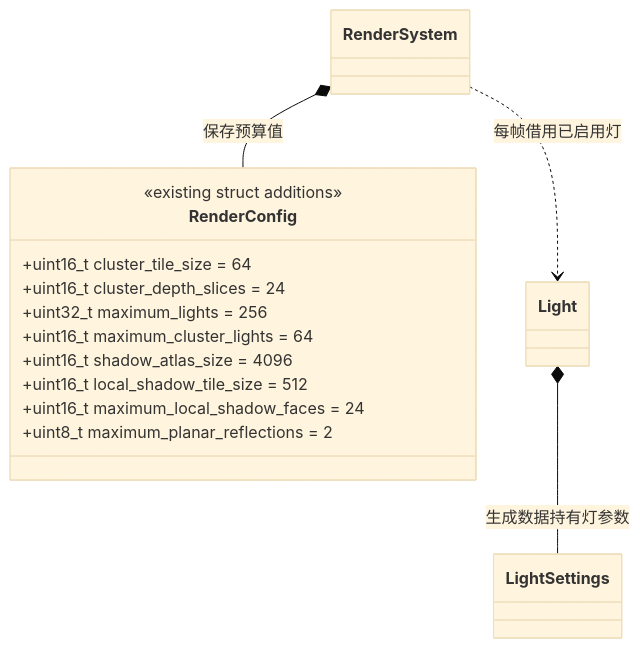
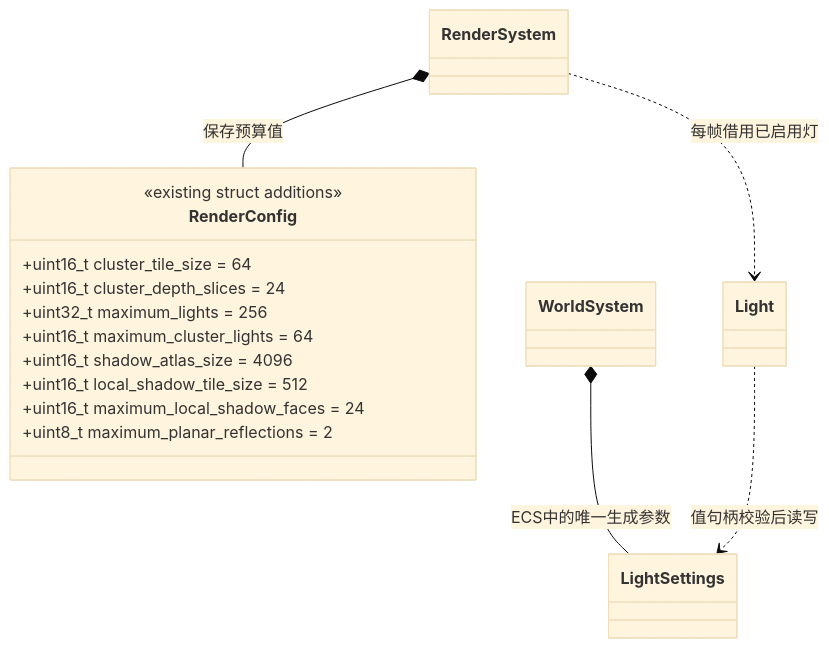
One commit to lcals/Engine changed the second of 6 diagrams in docs/runtime/class-diagrams/forward-lighting-reflections.md. Above: the diagram before and after it, drawn with Mermaid (base theme). The commit also changed other lines of this file and 222 other files, not shown here.

Commit message:
Consolidate editor asset imports and align architecture documentation

````diff
--- a/docs/runtime/class-diagrams/forward-lighting-reflections.md
+++ b/docs/runtime/class-diagrams/forward-lighting-reflections.md
@@ -48,20 +48,22 @@
 ```mermaid
 classDiagram
     class RenderConfig {
         <<existing struct additions>>
         +uint16_t cluster_tile_size = 64
         +uint16_t cluster_depth_slices = 24
         +uint32_t maximum_lights = 256
         +uint16_t maximum_cluster_lights = 64
         +uint16_t shadow_atlas_size = 4096
         +uint16_t local_shadow_tile_size = 512
         +uint16_t maximum_local_shadow_faces = 24
         +uint8_t maximum_planar_reflections = 2
     }
     class RenderSystem
     class Light
     class LightSettings
+    class WorldSystem
     RenderSystem *-- RenderConfig : 保存预算值
-    Light *-- LightSettings : 生成数据持有灯参数
+    WorldSystem *-- LightSettings : ECS中的唯一生成参数
+    Light ..> LightSettings : 值句柄校验后读写
     RenderSystem ..> Light : 每帧借用已启用灯
 ```
````
